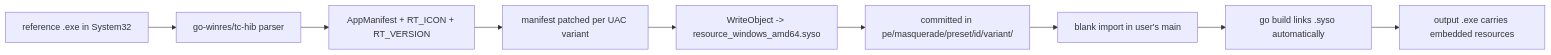
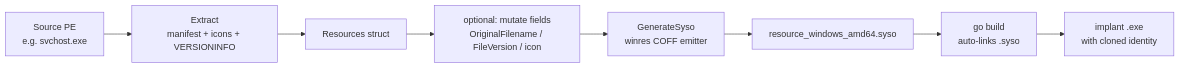
One commit to oioio-space/maldev changed the diagram in docs/techniques/pe/masquerade.md. Above: the diagram before and after it, drawn with Mermaid. The commit also changed other lines of this file and 7 other files, not shown here.

````diff
--- a/docs/techniques/pe/masquerade.md
+++ b/docs/techniques/pe/masquerade.md
@@ -31,11 +41,10 @@
 ```mermaid
 flowchart LR
-    A[reference .exe in System32] --> B[go-winres/tc-hib parser]
-    B --> C[AppManifest + RT_ICON + RT_VERSION]
-    C --> D[manifest patched per UAC variant]
-    D --> E[WriteObject -> resource_windows_amd64.syso]
-    E --> F[committed in pe/masquerade/preset/id/variant/]
-    F --> G[blank import in user's main]
-    G --> H[go build links .syso automatically]
-    H --> I[output .exe carries embedded resources]
+    SRC[Source PE<br/>e.g. svchost.exe] --> EXT[Extract<br/>manifest + icons + VERSIONINFO]
+    EXT --> RES[Resources struct]
+    RES --> MUT[optional: mutate fields<br/>OriginalFilename / FileVersion / icon]
+    MUT --> SYSO[GenerateSyso<br/>winres COFF emitter]
+    SYSO --> FILE[resource_windows_amd64.syso]
+    FILE --> LINK[go build<br/>auto-links .syso]
+    LINK --> OUT[implant .exe<br/>with cloned identity]
 ```
````
